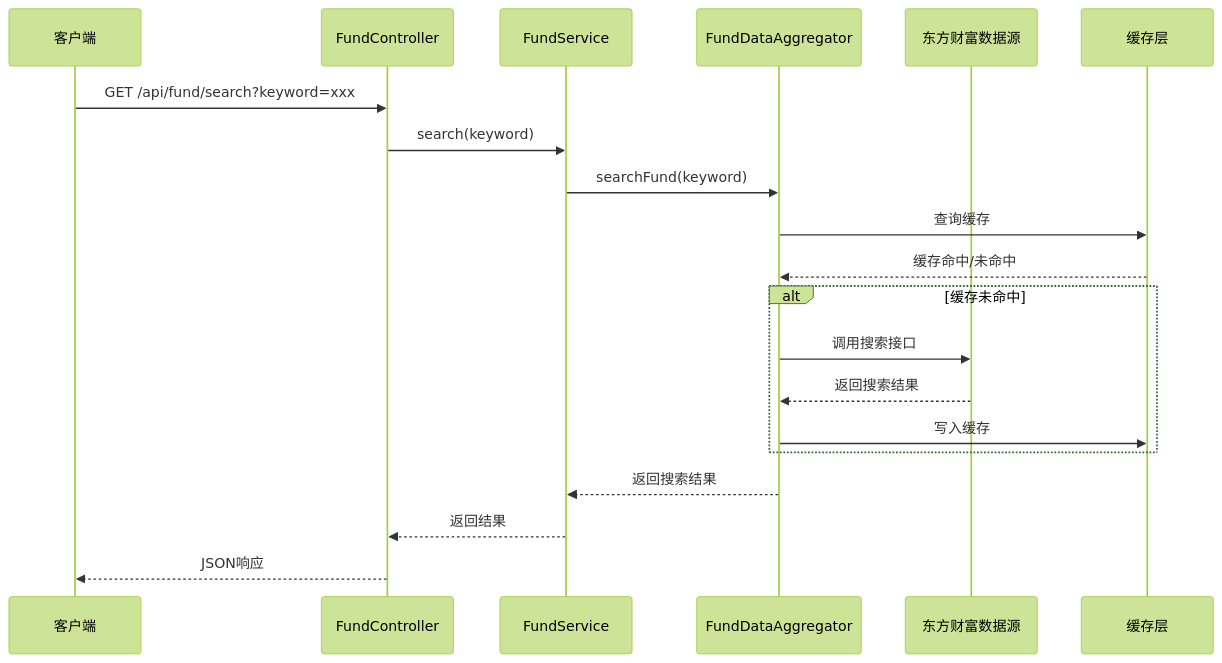
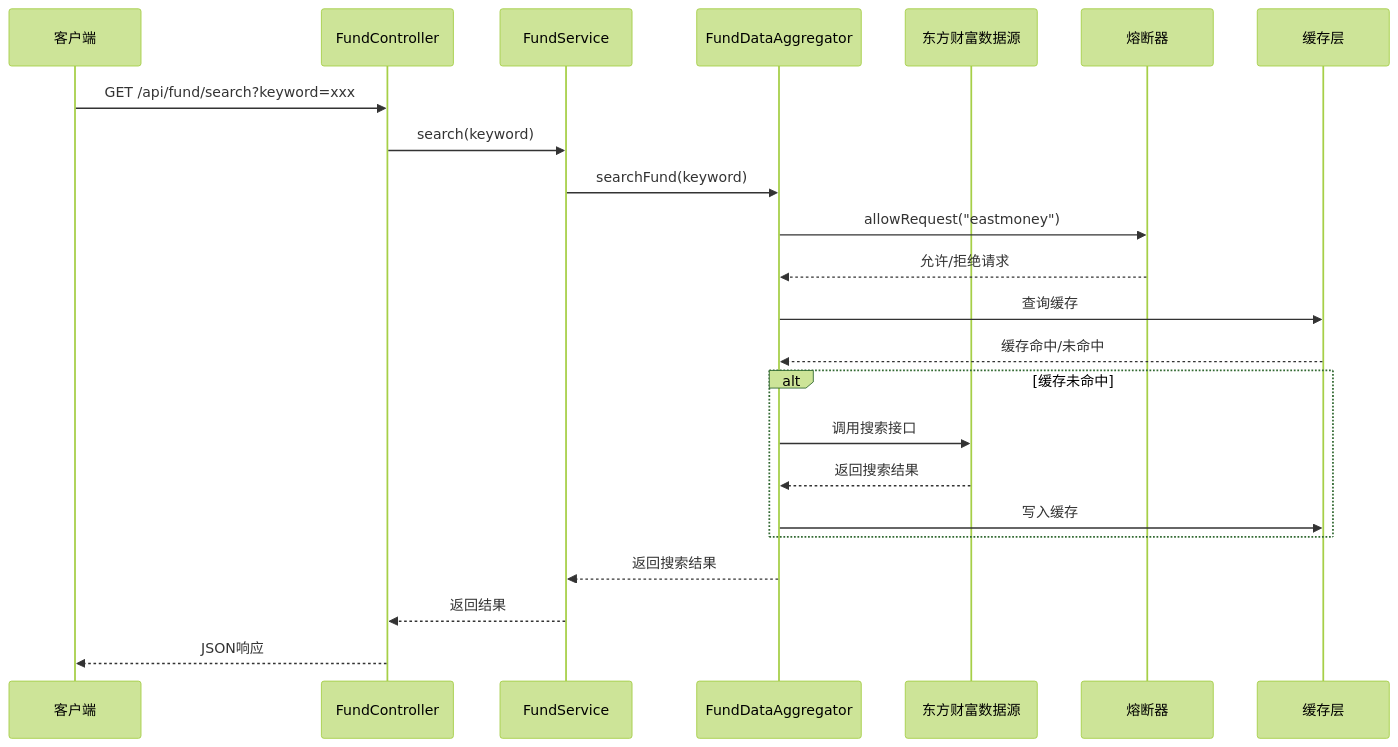
One commit to gree-coder/fund-butler changed diagram 12 of 21 in .qoder/repowiki/zh/content/核心功能开发/多源基金估值系统.md. Above: the diagram before and after it, drawn with Mermaid (forest theme). The commit also changed other lines of this file and 23 other files, not shown here.

````diff
--- a/.qoder/repowiki/zh/content/核心功能开发/多源基金估值系统.md
+++ b/.qoder/repowiki/zh/content/核心功能开发/多源基金估值系统.md
@@ -451,22 +582,25 @@
 ```mermaid
 sequenceDiagram
 participant Client as 客户端
 participant Controller as FundController
 participant Service as FundService
 participant Aggregator as FundDataAggregator
 participant EM as 东方财富数据源
+participant CB as 熔断器
 participant Cache as 缓存层
 Client->>Controller : GET /api/fund/search?keyword=xxx
 Controller->>Service : search(keyword)
 Service->>Aggregator : searchFund(keyword)
+Aggregator->>CB : allowRequest("eastmoney")
+CB-->>Aggregator : 允许/拒绝请求
 Aggregator->>Cache : 查询缓存
 Cache-->>Aggregator : 缓存命中/未命中
 alt 缓存未命中
 Aggregator->>EM : 调用搜索接口
 EM-->>Aggregator : 返回搜索结果
 Aggregator->>Cache : 写入缓存
 end
 Aggregator-->>Service : 返回搜索结果
 Service-->>Controller : 返回结果
 Controller-->>Client : JSON响应
 ```
````
